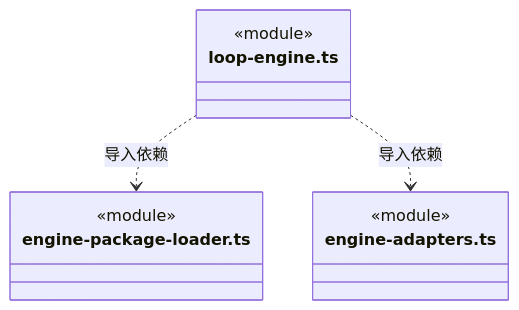
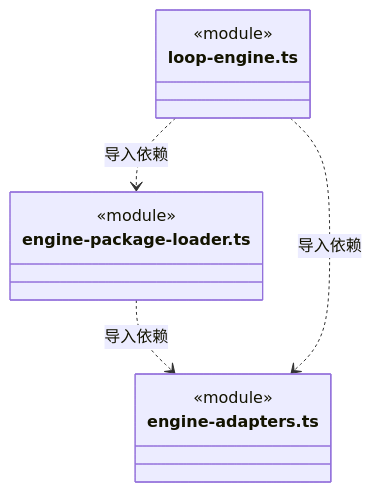
The ninth of 9 diagrams in src/logic/execution/assembly/ARCHITECTURE.md (nan023062/cbim), drawn with Mermaid before and after one commit. The commit also changed other lines of this file and 112 other files, not shown here.

Commit message:
docs: align source architecture with current declarations and contracts

````diff
--- a/src/logic/execution/assembly/ARCHITECTURE.md
+++ b/src/logic/execution/assembly/ARCHITECTURE.md
@@ -339,14 +339,15 @@
 ```mermaid
 classDiagram
-class N_src_logic_execution_assembly_loop_engine_ts["loop-engine.ts"] {
-  <<module>>
-}
 class N_src_logic_execution_assembly_engine_package_loader_ts["engine-package-loader.ts"] {
   <<module>>
 }
 class N_src_logic_execution_assembly_engine_adapters_ts["engine-adapters.ts"] {
   <<module>>
 }
+class N_src_logic_execution_assembly_loop_engine_ts["loop-engine.ts"] {
+  <<module>>
+}
+N_src_logic_execution_assembly_engine_package_loader_ts ..> N_src_logic_execution_assembly_engine_adapters_ts : 导入依赖
+N_src_logic_execution_assembly_loop_engine_ts ..> N_src_logic_execution_assembly_engine_adapters_ts : 导入依赖
 N_src_logic_execution_assembly_loop_engine_ts ..> N_src_logic_execution_assembly_engine_package_loader_ts : 导入依赖
-N_src_logic_execution_assembly_loop_engine_ts ..> N_src_logic_execution_assembly_engine_adapters_ts : 导入依赖
 ```
````
